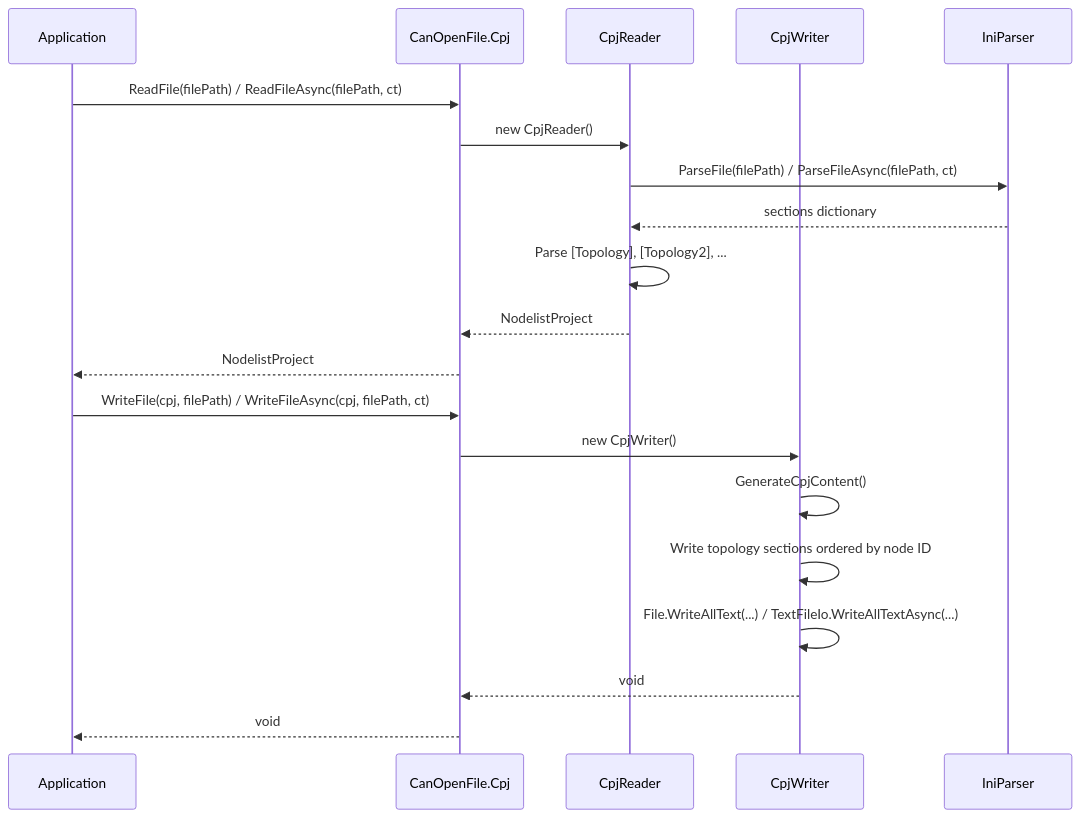
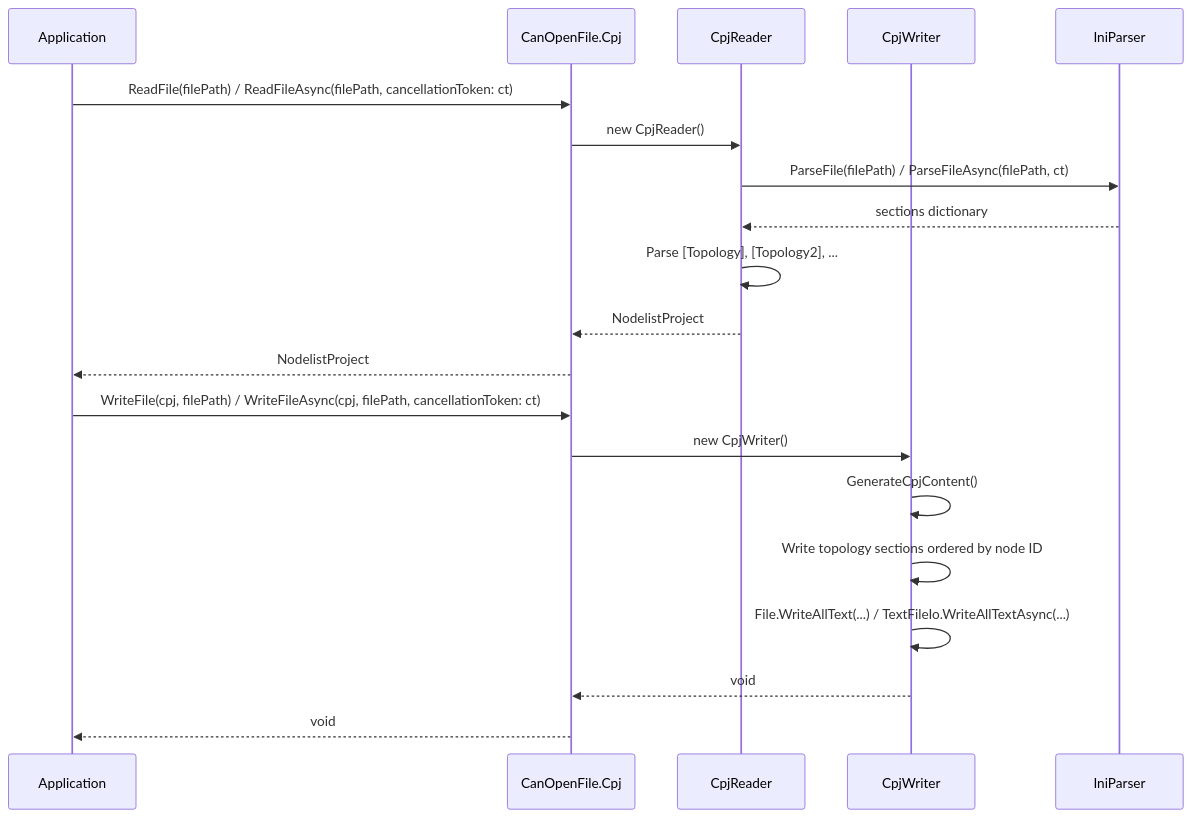
Before and after one commit to dborgards/eds-dcf-net: the sixth of 9 diagrams in docs/architecture/06-runtime-view.md, drawn with Mermaid. The commit also changed other lines of this file and 1 other file, not shown here.

First line of the commit message:
docs: fix async call shapes and narrow thread-safety test claim (#547)

````diff
--- a/docs/architecture/06-runtime-view.md
+++ b/docs/architecture/06-runtime-view.md
@@ -141,24 +141,24 @@
 ```mermaid
 sequenceDiagram
     participant App as Application
     participant CF as CanOpenFile.Cpj
     participant CR as CpjReader
     participant CW as CpjWriter
     participant IP as IniParser
 
-    App->>CF: ReadFile(filePath) / ReadFileAsync(filePath, ct)
+    App->>CF: ReadFile(filePath) / ReadFileAsync(filePath, cancellationToken: ct)
     CF->>CR: new CpjReader()
     CR->>IP: ParseFile(filePath) / ParseFileAsync(filePath, ct)
     IP-->>CR: sections dictionary
     CR->>CR: Parse [Topology], [Topology2], ...
     CR-->>CF: NodelistProject
     CF-->>App: NodelistProject
 
-    App->>CF: WriteFile(cpj, filePath) / WriteFileAsync(cpj, filePath, ct)
+    App->>CF: WriteFile(cpj, filePath) / WriteFileAsync(cpj, filePath, cancellationToken: ct)
     CF->>CW: new CpjWriter()
     CW->>CW: GenerateCpjContent()
     CW->>CW: Write topology sections ordered by node ID
     CW->>CW: File.WriteAllText(...) / TextFileIo.WriteAllTextAsync(...)
     CW-->>CF: void
     CF-->>App: void
 ```
````
